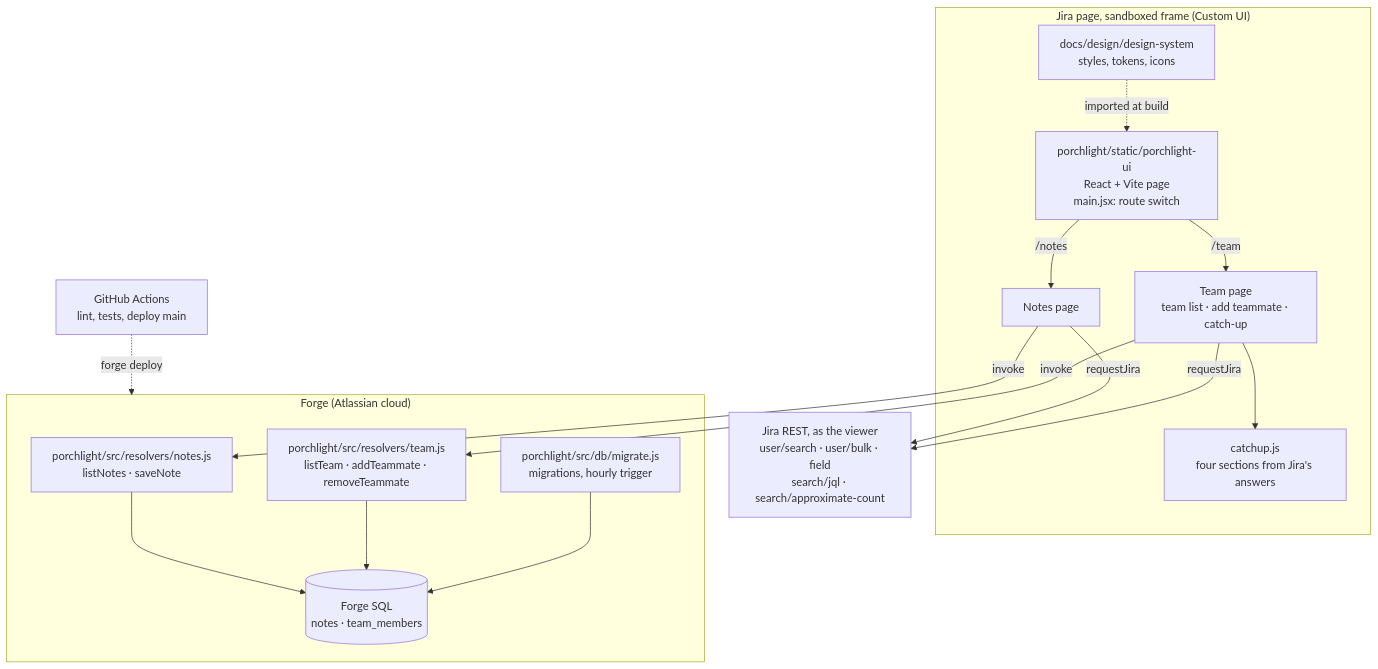
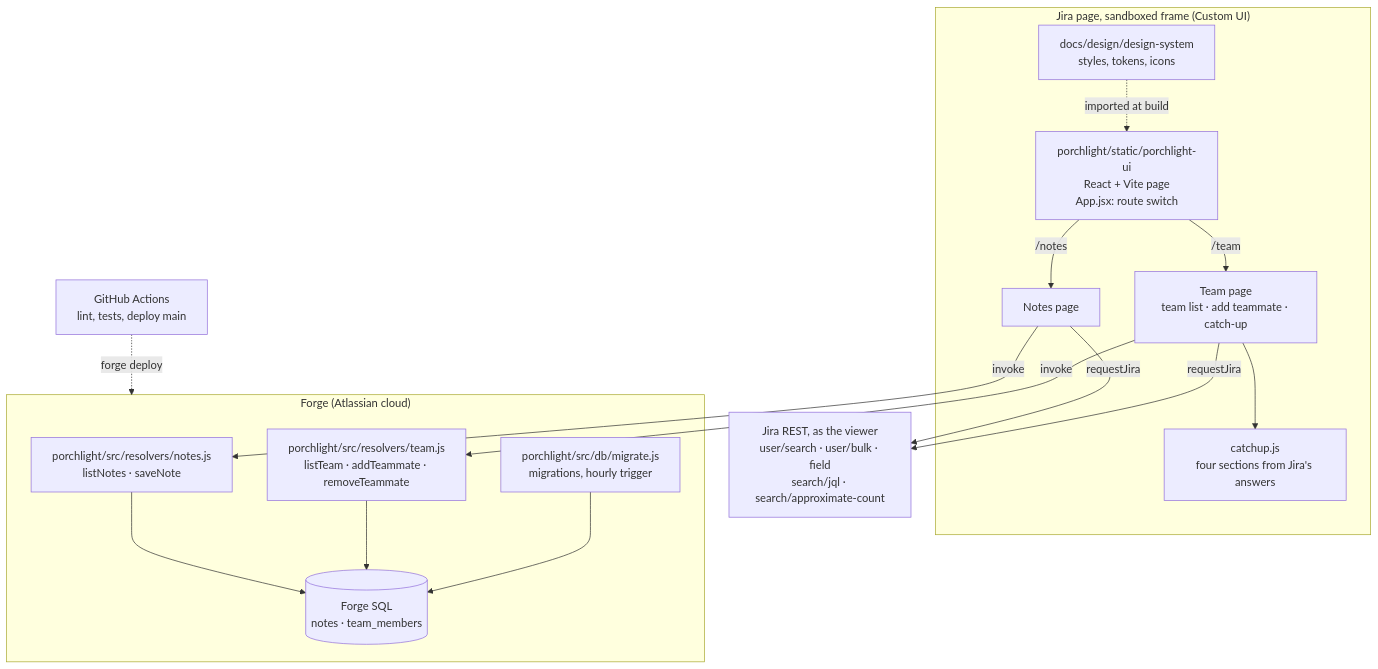
One commit to dzaffren/porchlight changed the second of 2 diagrams in docs/ARCHITECTURE.md. Above: the diagram before and after it, drawn with Mermaid. The commit also changed other lines of this file, not shown here.

Commit message:
docs(docs): name App.jsx as the route switch
ARCHITECTURE.md said main.jsx reads the route. App.jsx does, with
view.createHistory(); main.jsx only renders it.

````diff
--- a/docs/ARCHITECTURE.md
+++ b/docs/ARCHITECTURE.md
@@ -14,28 +14,28 @@
 ```mermaid
 flowchart TB
     subgraph Browser["Jira page, sandboxed frame (Custom UI)"]
-        RS["porchlight/static/porchlight-ui<br/>React + Vite page<br/>main.jsx: route switch"]
+        RS["porchlight/static/porchlight-ui<br/>React + Vite page<br/>App.jsx: route switch"]
         TP["Team page<br/>team list · add teammate · catch-up"]
         NP["Notes page"]
         CU["catchup.js<br/>four sections from Jira's answers"]
         DS["docs/design/design-system<br/>styles, tokens, icons"]
         RS -- "/team" --> TP
         RS -- "/notes" --> NP
         TP --> CU
         DS -. "imported at build" .-> RS
     end
     subgraph Forge["Forge (Atlassian cloud)"]
         RN["porchlight/src/resolvers/notes.js<br/>listNotes · saveNote"]
         RT["porchlight/src/resolvers/team.js<br/>listTeam · addTeammate · removeTeammate"]
         M["porchlight/src/db/migrate.js<br/>migrations, hourly trigger"]
         SQL[("Forge SQL<br/>notes · team_members")]
     end
     J["Jira REST, as the viewer<br/>user/search · user/bulk · field<br/>search/jql · search/approximate-count"]
     CI["GitHub Actions<br/>lint, tests, deploy main"]
     NP -- "invoke" --> RN --> SQL
     TP -- "invoke" --> RT --> SQL
     M --> SQL
     NP -- "requestJira" --> J
     TP -- "requestJira" --> J
     CI -. "forge deploy" .-> Forge
 ```
````
